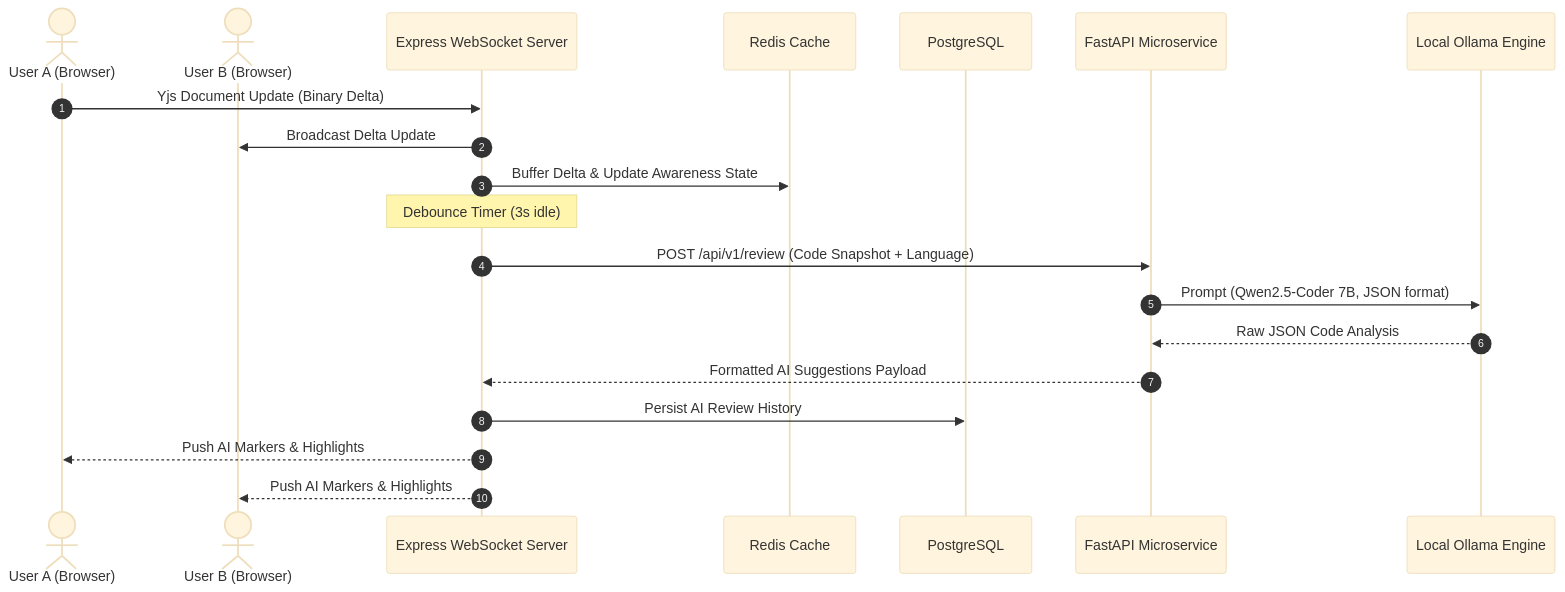
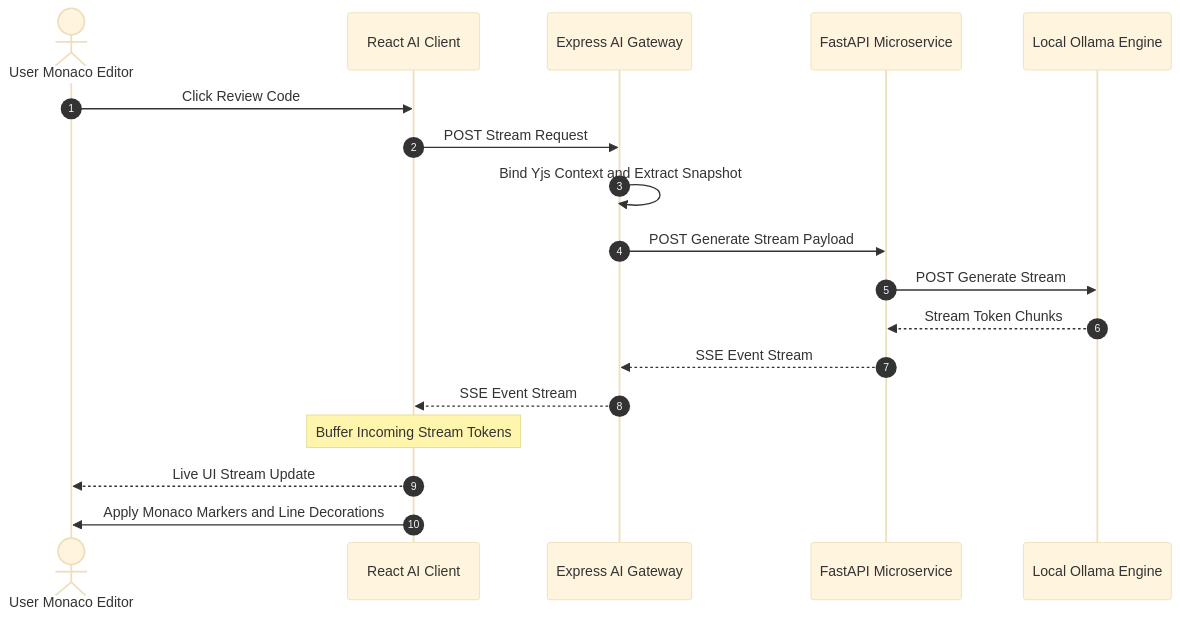
Before and after one commit to Shivang-Mishra-20/PeerCode: the third of 4 diagrams in docs/ARCHITECTURE.md, drawn with Mermaid (base theme). The commit also changed other lines of this file and 8 other files, not shown here.

````diff
--- a/docs/ARCHITECTURE.md
+++ b/docs/ARCHITECTURE.md
@@ -54,24 +82,21 @@
 ```mermaid
 sequenceDiagram
     autonumber
-    actor User1 as User A (Browser)
-    actor User2 as User B (Browser)
-    participant WS as Express WebSocket Server
-    participant Redis as Redis Cache
-    participant DB as PostgreSQL
+    actor User as User Monaco Editor
+    participant Client as React AI Client
+    participant GW as Express AI Gateway
     participant AI as FastAPI Microservice
     participant Ollama as Local Ollama Engine
 
-    User1->>WS: Yjs Document Update (Binary Delta)
-    WS->>User2: Broadcast Delta Update
-    WS->>Redis: Buffer Delta & Update Awareness State
-
-    Note over WS: Debounce Timer (3s idle)
-    WS->>AI: POST /api/v1/review (Code Snapshot + Language)
-    AI->>Ollama: Prompt (Qwen2.5-Coder 7B, JSON format)
-    Ollama-->>AI: Raw JSON Code Analysis
-    AI-->>WS: Formatted AI Suggestions Payload
-    WS->>DB: Persist AI Review History
-    WS-->>User1: Push AI Markers & Highlights
-    WS-->>User2: Push AI Markers & Highlights
+    User->>Client: Click Review Code
+    Client->>GW: POST Stream Request
+    GW->>GW: Bind Yjs Context and Extract Snapshot
+    GW->>AI: POST Generate Stream Payload
+    AI->>Ollama: POST Generate Stream
+    Ollama-->>AI: Stream Token Chunks
+    AI-->>GW: SSE Event Stream
+    GW-->>Client: SSE Event Stream
+    Note over Client: Buffer Incoming Stream Tokens
+    Client-->>User: Live UI Stream Update
+    Client->>User: Apply Monaco Markers and Line Decorations
 ```
````
